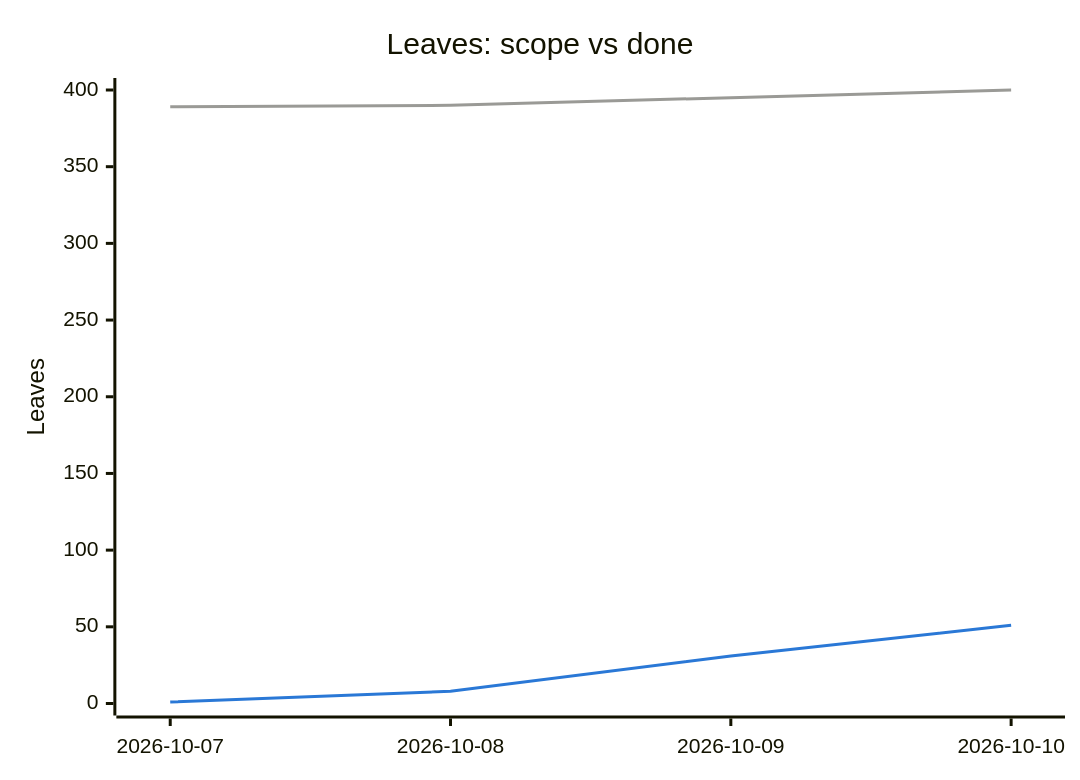
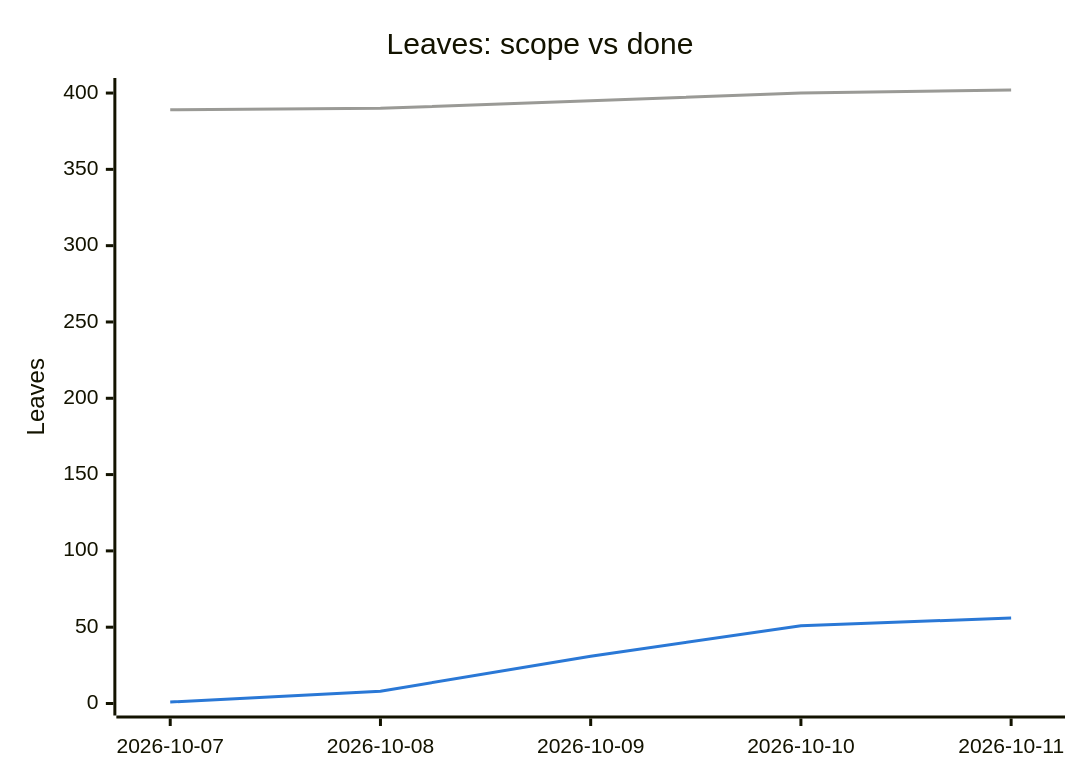
One commit to tomiok/persiaDB changed the second of 2 diagrams in PROGRESS.md. Above: the diagram before and after it, drawn with Mermaid. The commit also changed other lines of this file and 7 other files, not shown here.

First line of the commit message:
fix(format): address batch review of 1.5.1-1.5.5; tick ROADMAP 1.5

````diff
--- a/PROGRESS.md
+++ b/PROGRESS.md
@@ -105,14 +105,14 @@
 ```mermaid
 ---
 config:
   themeVariables:
     xyChart:
       plotColorPalette: "#9a9a96, #2a78d6"
 ---
 xychart-beta
   title "Leaves: scope vs done"
-  x-axis ["2026-10-07", "2026-10-08", "2026-10-09", "2026-10-10"]
-  y-axis "Leaves" 0 --> 400
-  line [389, 390, 395, 400]
-  line [1, 8, 31, 51]
+  x-axis ["2026-10-07", "2026-10-08", "2026-10-09", "2026-10-10", "2026-10-11"]
+  y-axis "Leaves" 0 --> 402
+  line [389, 390, 395, 400, 402]
+  line [1, 8, 31, 51, 56]
 ```
````
